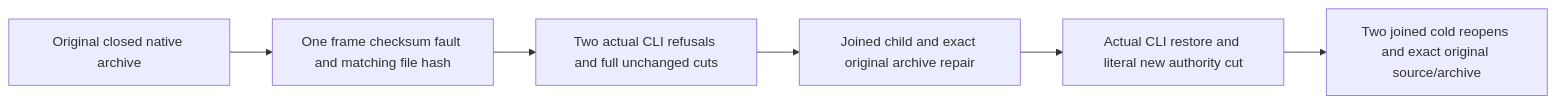
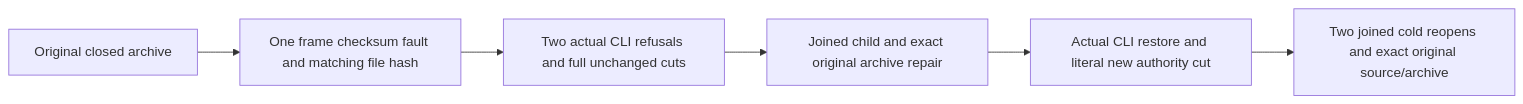
Before and after one commit to managedcode/KeyLoad: the fifth of 13 diagrams in docs/Features/BackupRestore.md, drawn with Mermaid. The commit also changed other lines of this file and 9016 other files, not shown here.

````diff
--- a/docs/Features/BackupRestore.md
+++ b/docs/Features/BackupRestore.md
@@ -250,8 +250,8 @@
 ```mermaid
 flowchart LR
-  A[Original closed native archive] --> B[One frame checksum fault and matching file hash]
+  A[Original closed archive] --> B[One frame checksum fault and matching file hash]
   B --> C[Two actual CLI refusals and full unchanged cuts]
   C --> D[Joined child and exact original archive repair]
   D --> E[Actual CLI restore and literal new authority cut]
   E --> F[Two joined cold reopens and exact original source/archive]
 ```
````
